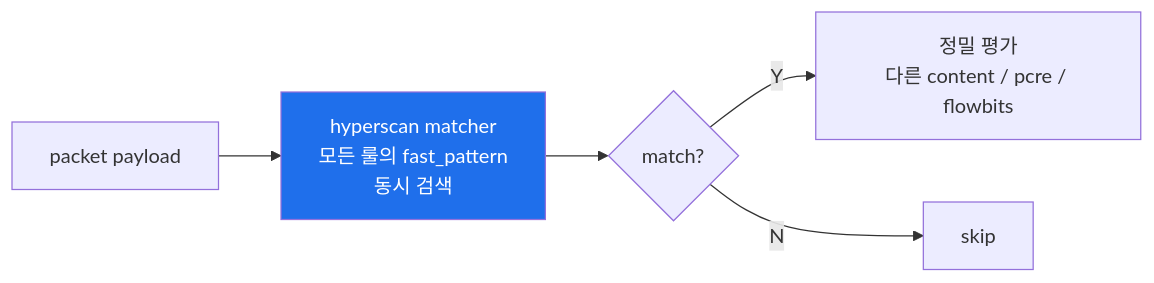
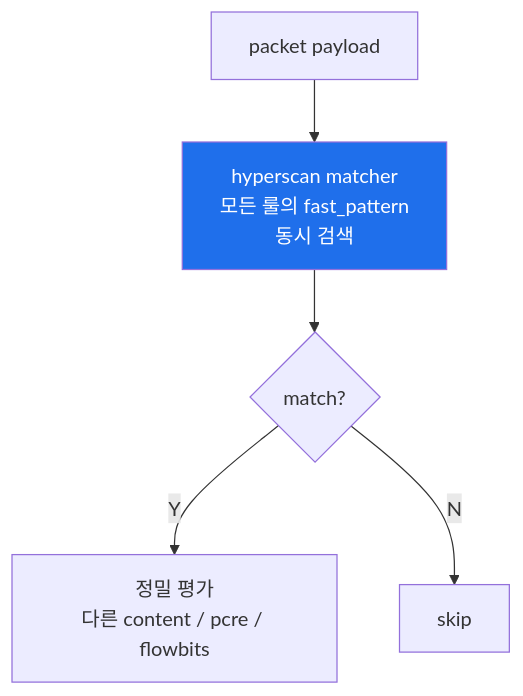
The first of 2 diagrams in contents/training/secuops/lecture_week04.md (mrgrit/tw2), drawn with Mermaid before and after one commit. The commit also changed other lines of this file and 4 other files, not shown here.

First line of the commit message:
docs(training): secuops W01~W06 다이어그램 세로 전환 (graph LR→TD)

````diff
--- a/contents/training/secuops/lecture_week04.md
+++ b/contents/training/secuops/lecture_week04.md
@@ -255,13 +255,13 @@
 ```mermaid
-graph LR
+graph TD
     PKT[packet payload]
     HS["hyperscan matcher<br/>모든 룰의 fast_pattern<br/>동시 검색"]
     M1{"match?"}
     R1[정밀 평가<br/>다른 content / pcre / flowbits]
     NO[skip]
     PKT --> HS
     HS --> M1
     M1 -->|Y| R1
     M1 -->|N| NO
     style HS fill:#1f6feb,color:#fff
 ```
````
